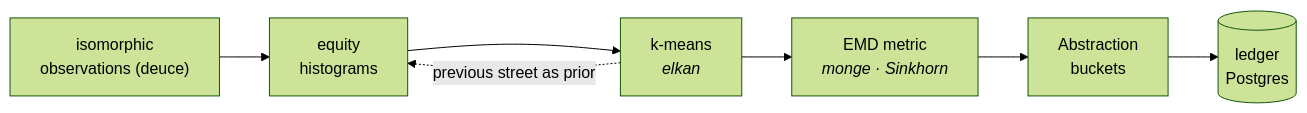
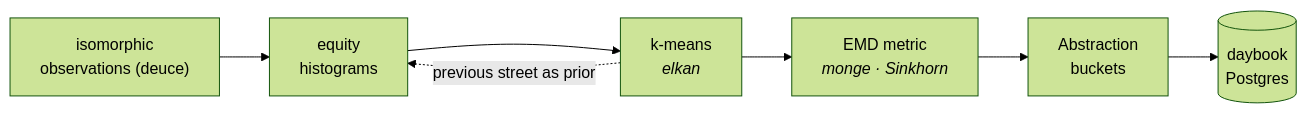
One commit to krukah/robopoker changed the first of 3 diagrams in crates/lloyd/README.md. Above: the diagram before and after it, drawn with Mermaid (forest theme). The commit also changed 64 other files, not shown here.

First line of the commit message:
refactor: rename ledger crate -> daybook

````diff
--- a/crates/lloyd/README.md
+++ b/crates/lloyd/README.md
@@ -8,9 +8,9 @@
 ```mermaid
 flowchart LR
   Obs["isomorphic<br/>observations (deuce)"] --> Hist["equity<br/>histograms"]
   Hist --> KM["k-means<br/><i>elkan</i>"]
   KM --> EMD["EMD metric<br/><i>monge · Sinkhorn</i>"]
   EMD --> Abs["Abstraction<br/>buckets"]
-  Abs --> DB[("ledger<br/>Postgres")]
+  Abs --> DB[("daybook<br/>Postgres")]
   KM -.->|previous street as prior| Hist
 ```
````
